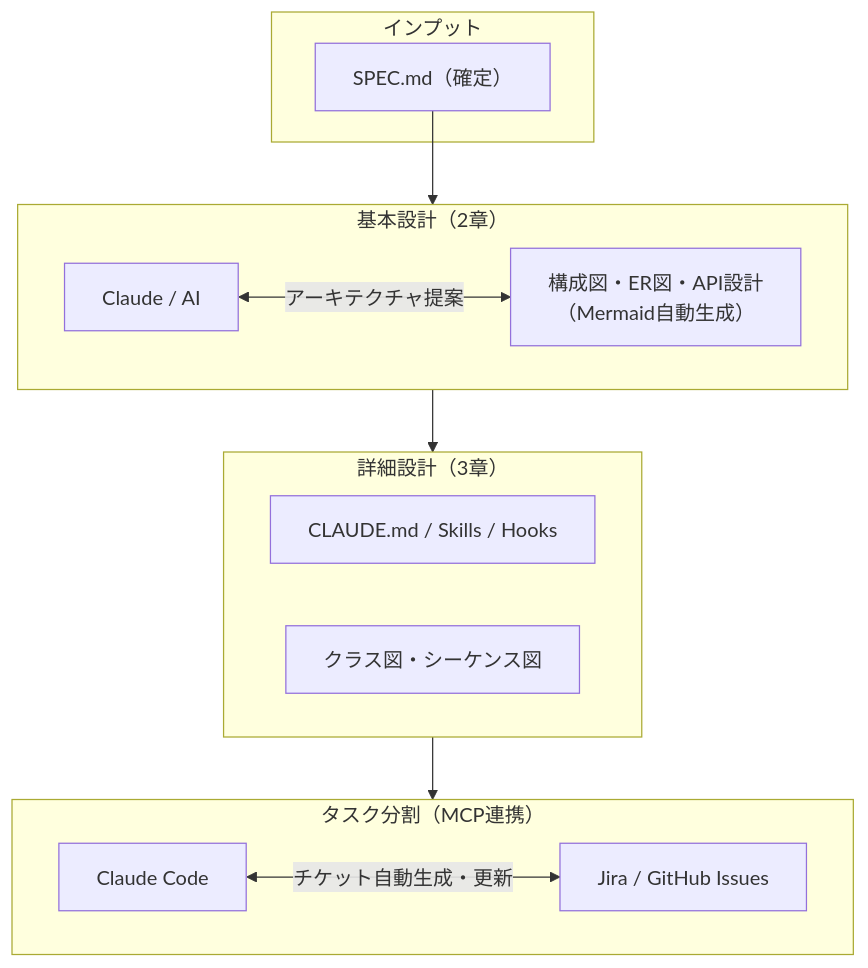
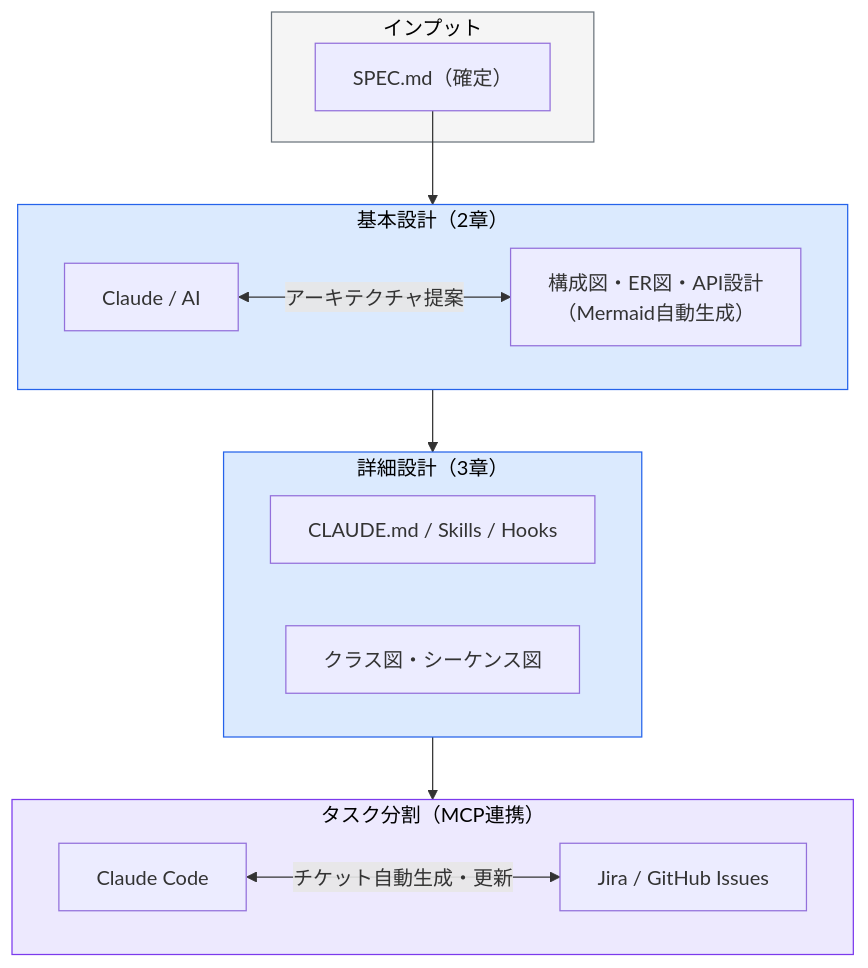
Diagram 14 of 44 in AI駆動開発.md (takuma39/ai), drawn with Mermaid before and after one commit. The commit also changed other lines of this file, not shown here.

````diff
--- a/AI駆動開発.md
+++ b/AI駆動開発.md
@@ -471,27 +500,32 @@
 ```mermaid
 graph TD
     subgraph input["インプット"]
         MD["SPEC.md（確定）"]
     end
 
     subgraph arch["基本設計（2章）"]
         Claude["Claude / AI"]
         Diagrams["構成図・ER図・API設計<br/>（Mermaid自動生成）"]
     end
 
     subgraph detail["詳細設計（3章）"]
         CLAUDEMD["CLAUDE.md / Skills / Hooks"]
         ClassDiag["クラス図・シーケンス図"]
     end
 
     subgraph tasks["タスク分割（MCP連携）"]
         CC["Claude Code"]
         Jira["Jira / GitHub Issues"]
     end
 
     MD --> arch
     Claude <-->|"アーキテクチャ提案"| Diagrams
     arch --> detail
     detail --> tasks
     CC <-->|"チケット自動生成・更新"| Jira
+
+    style input fill:#f5f5f5,stroke:#6c757d,color:#000
+    style arch fill:#dbeafe,stroke:#2563eb,color:#000
+    style detail fill:#dbeafe,stroke:#2563eb,color:#000
+    style tasks fill:#ede9fe,stroke:#7c3aed,color:#000
 ```
````
